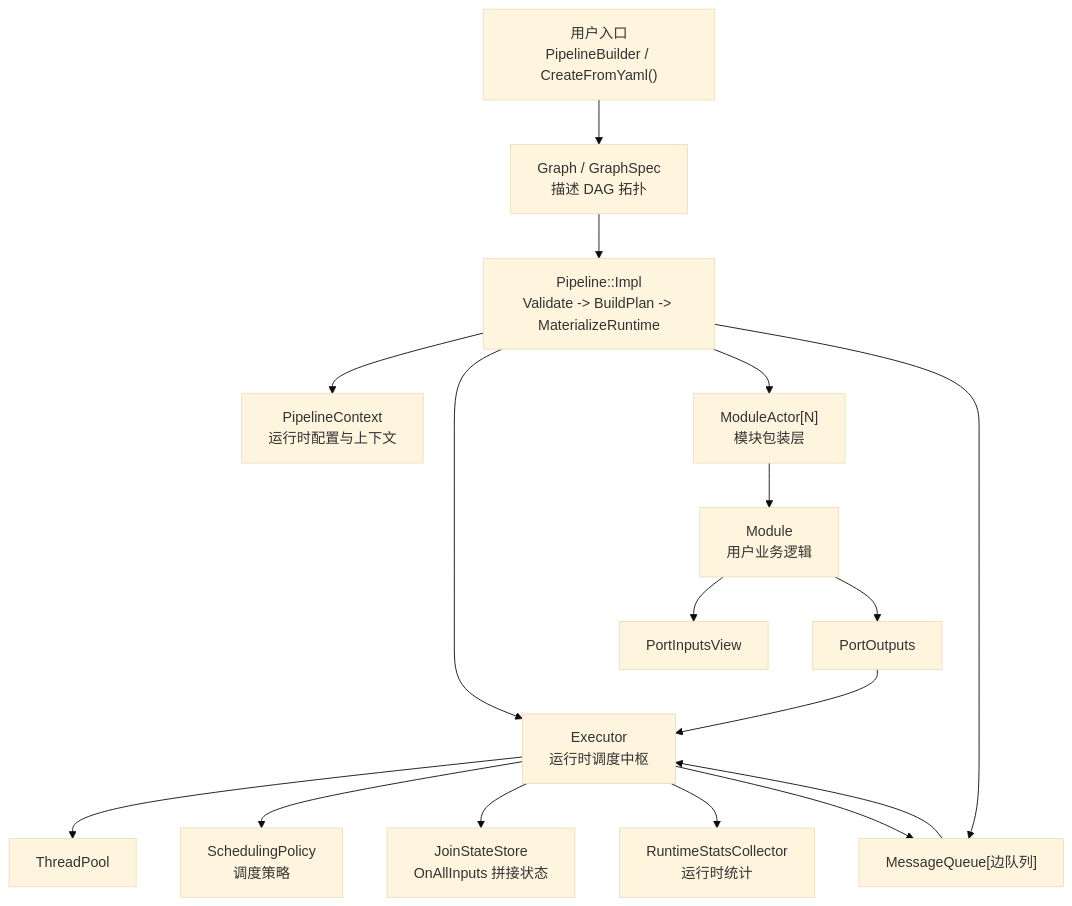
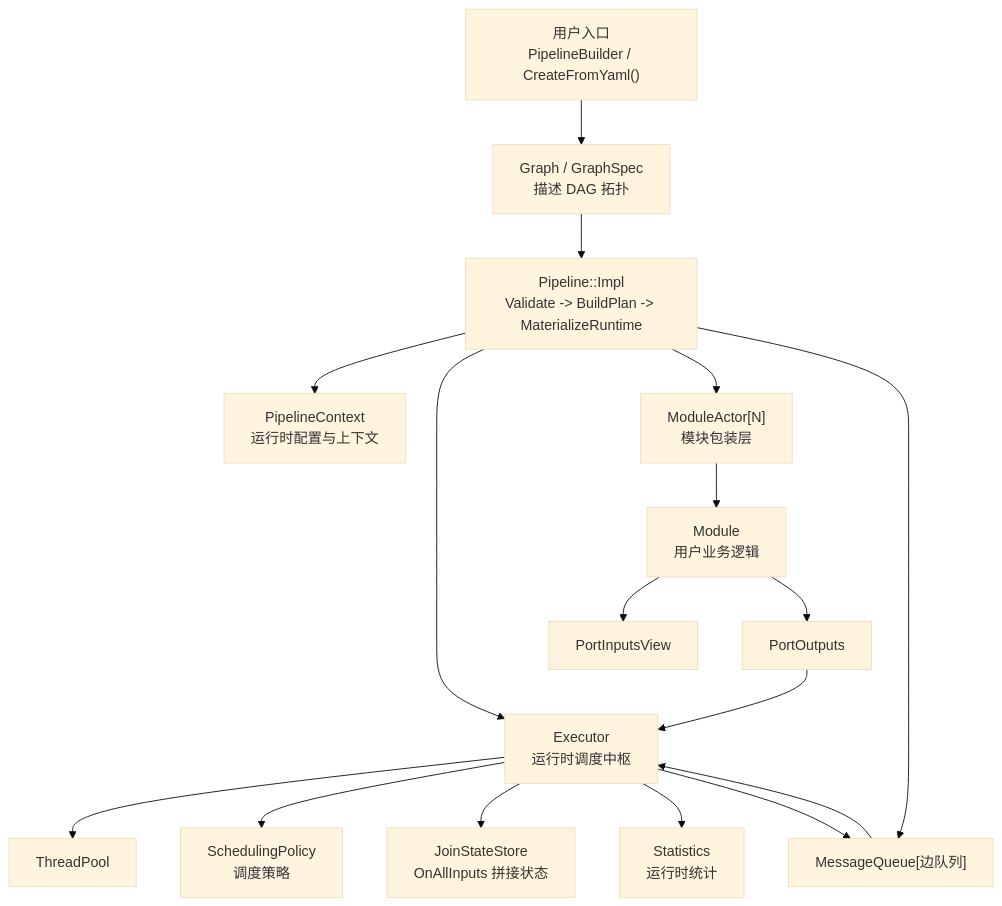
The first of 5 diagrams in docs/ARCHITECTURE_ZH.md (youngzilla0/Nexusflow), drawn with Mermaid (base theme) before and after one commit. The commit also changed other lines of this file and 19 other files, not shown here.

Commit message:
refactor(stats): rename runtime stats to statistics

````diff
--- a/docs/ARCHITECTURE_ZH.md
+++ b/docs/ARCHITECTURE_ZH.md
@@ -21,21 +21,21 @@
 ```mermaid
 flowchart TD
     A["用户入口<br/>PipelineBuilder / CreateFromYaml()"] --> B["Graph / GraphSpec<br/>描述 DAG 拓扑"]
     B --> C["Pipeline::Impl<br/>Validate -> BuildPlan -> MaterializeRuntime"]
     C --> D["PipelineContext<br/>运行时配置与上下文"]
     C --> E["Executor<br/>运行时调度中枢"]
     C --> F["ModuleActor[N]<br/>模块包装层"]
     C --> G["MessageQueue[边队列]"]
 
     F --> H["Module<br/>用户业务逻辑"]
     E --> I["ThreadPool"]
     E --> J["SchedulingPolicy<br/>调度策略"]
     E --> K["JoinStateStore<br/>OnAllInputs 拼接状态"]
-    E --> L["RuntimeStatsCollector<br/>运行时统计"]
+    E --> L["Statistics<br/>运行时统计"]
 
     H --> M["PortInputsView"]
     H --> N["PortOutputs"]
     N --> E
     E --> G
     G --> E
 ```
````
